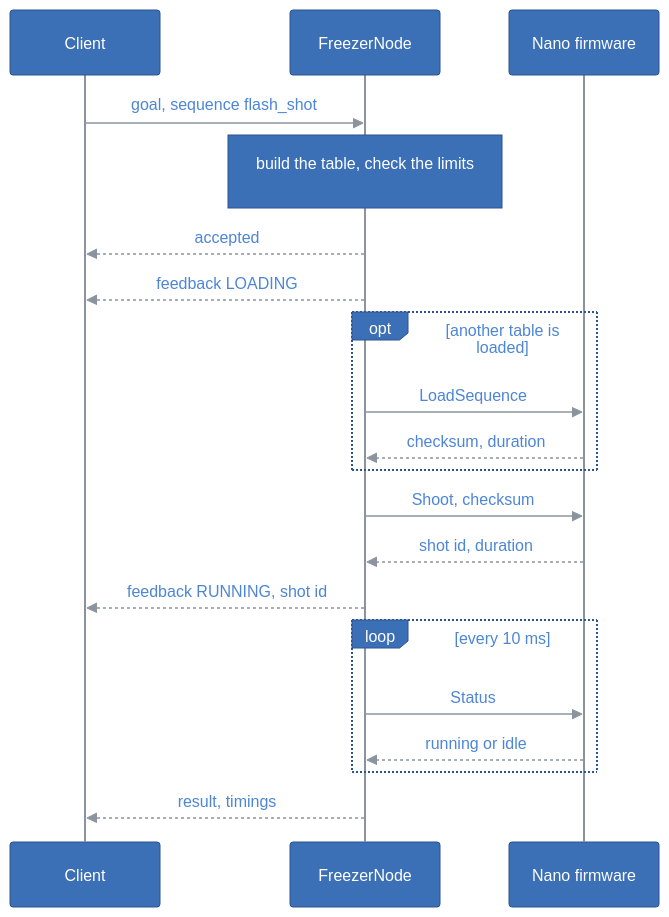
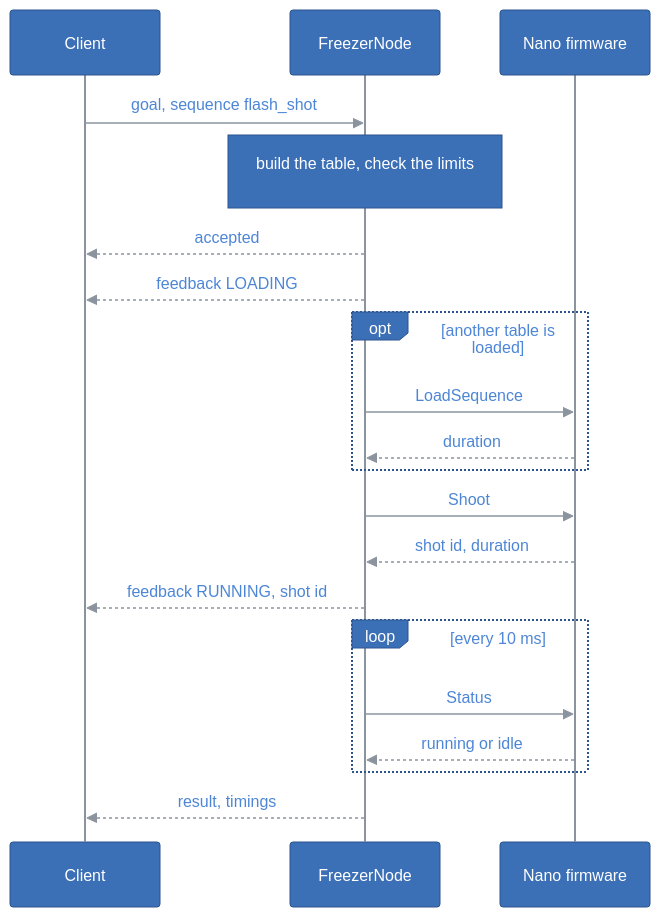
Before and after one commit to kineticsystem/freezer-driver: the fourth of 4 diagrams in Brainstorming.md, drawn with Mermaid. The commit also changed other lines of this file, not shown here.

First line of the commit message:
Revise the protocol: lights, stop, the trigger, no checksum, no watchdog

````diff
--- a/Brainstorming.md
+++ b/Brainstorming.md
@@ -663,76 +692,76 @@
 ```mermaid
 ---
 config:
   theme: base
   themeCSS: ".edgeLabel p { padding: 4px 10px; }"
   flowchart:
     padding: 20
     nodeSpacing: 40
     rankSpacing: 50
   class:
     padding: 16
   sequence:
     boxMargin: 12
     boxTextMargin: 8
     noteMargin: 28
     messageMargin: 40
     actorMargin: 60
     labelBoxWidth: 56
     labelBoxHeight: 28
   themeVariables:
     primaryColor: "#3b6fb6"
     primaryTextColor: "#ffffff"
     primaryBorderColor: "#2c5590"
     lineColor: "#8b949e"
     textColor: "#4d86d6"
     actorBkg: "#3b6fb6"
     actorBorder: "#2c5590"
     actorTextColor: "#ffffff"
     actorLineColor: "#8b949e"
     signalColor: "#8b949e"
     signalTextColor: "#4d86d6"
     noteBkgColor: "#3b6fb6"
     noteTextColor: "#ffffff"
     noteBorderColor: "#2c5590"
     secondaryColor: "#3b6fb6"
     tertiaryColor: "#3b6fb6"
     clusterBkg: "transparent"
     clusterBorder: "#8b949e"
     titleColor: "#4d86d6"
     edgeLabelBackground: "#3b6fb6"
     classText: "#ffffff"
     labelBoxBkgColor: "#3b6fb6"
     labelBoxBorderColor: "#2c5590"
     labelTextColor: "#ffffff"
     loopTextColor: "#4d86d6"
     mainBkg: "#3b6fb6"
     nodeBorder: "#2c5590"
     nodeTextColor: "#ffffff"
     secondaryBorderColor: "#2c5590"
     secondaryTextColor: "#ffffff"
     tertiaryBorderColor: "#2c5590"
     tertiaryTextColor: "#ffffff"
     errorBkgColor: "#3b6fb6"
     errorTextColor: "#ffffff"
 ---
 sequenceDiagram
     participant Client
     participant Node as FreezerNode
     participant MCU as Nano firmware
     Client->>Node: goal, sequence flash_shot
     Note over Node: build the table, check the limits
     Node-->>Client: accepted
     Node-->>Client: feedback LOADING
     opt another table is loaded
         Node->>MCU: LoadSequence
-        MCU-->>Node: checksum, duration
+        MCU-->>Node: duration
     end
-    Node->>MCU: Shoot, checksum
+    Node->>MCU: Shoot
     MCU-->>Node: shot id, duration
     Node-->>Client: feedback RUNNING, shot id
     loop every 10 ms
         Node->>MCU: Status
         MCU-->>Node: running or idle
     end
     Node-->>Client: result, timings
 ```
````
